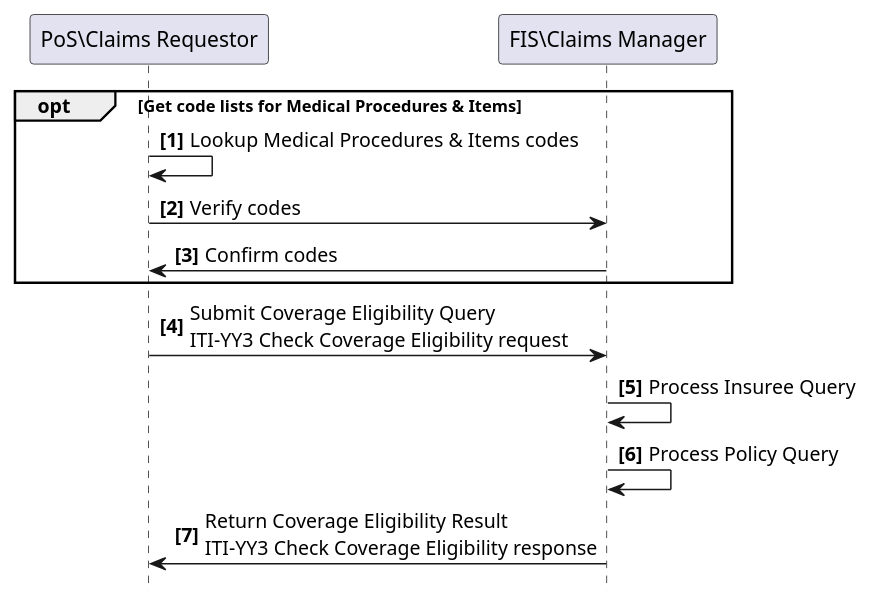
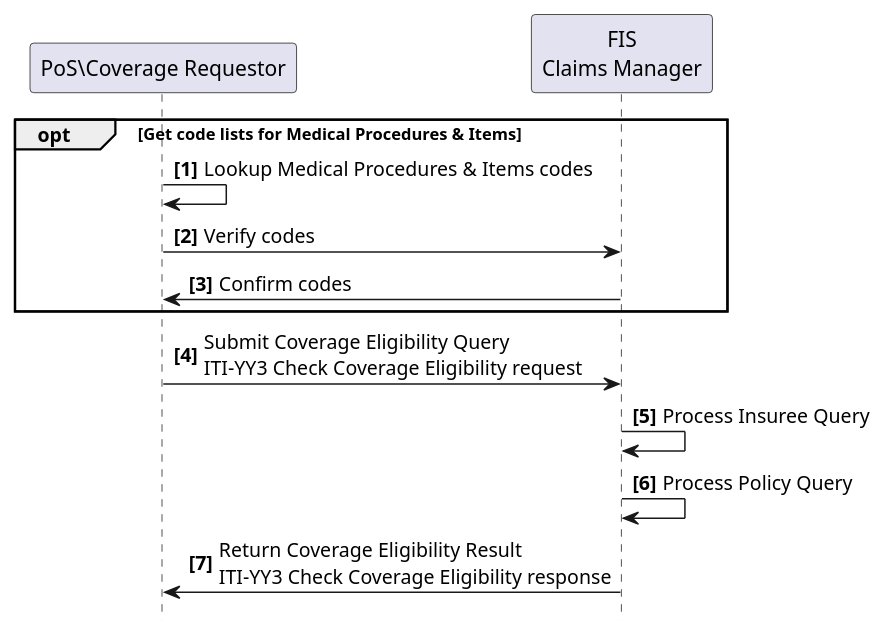
One commit to IHE/ITI.Finance changed the diagram in input/images-source/usecase3-processflow.plantuml. Above: the diagram before and after it, drawn with PlantUML.

Commit message:
Update usecase3-processflow.plantuml
Fixed actor name

```diff
--- a/input/images-source/usecase3-processflow.plantuml
+++ b/input/images-source/usecase3-processflow.plantuml
@@ -1,21 +1,21 @@
 @startuml
 skinparam svgDimensionStyle false
 hide footbox
 autonumber "<b>[0]"
 
-participant "PoS\Claims Requestor" as App
-participant "FIS\Claims Manager" as FIS
+participant "PoS\Coverage Requestor" as App
+participant "FIS\nClaims Manager" as FIS
 
 
 opt Get code lists for Medical Procedures & Items
 	App -> App: Lookup Medical Procedures & Items codes
 	App -> FIS: Verify codes
 	FIS -> App: Confirm codes
 end opt
 
 App -> FIS: Submit Coverage Eligibility Query\nITI-YY3 Check Coverage Eligibility request
 FIS -> FIS: Process Insuree Query
 FIS -> FIS: Process Policy Query
 FIS -> App: Return Coverage Eligibility Result\nITI-YY3 Check Coverage Eligibility response
 
 @enduml
```
